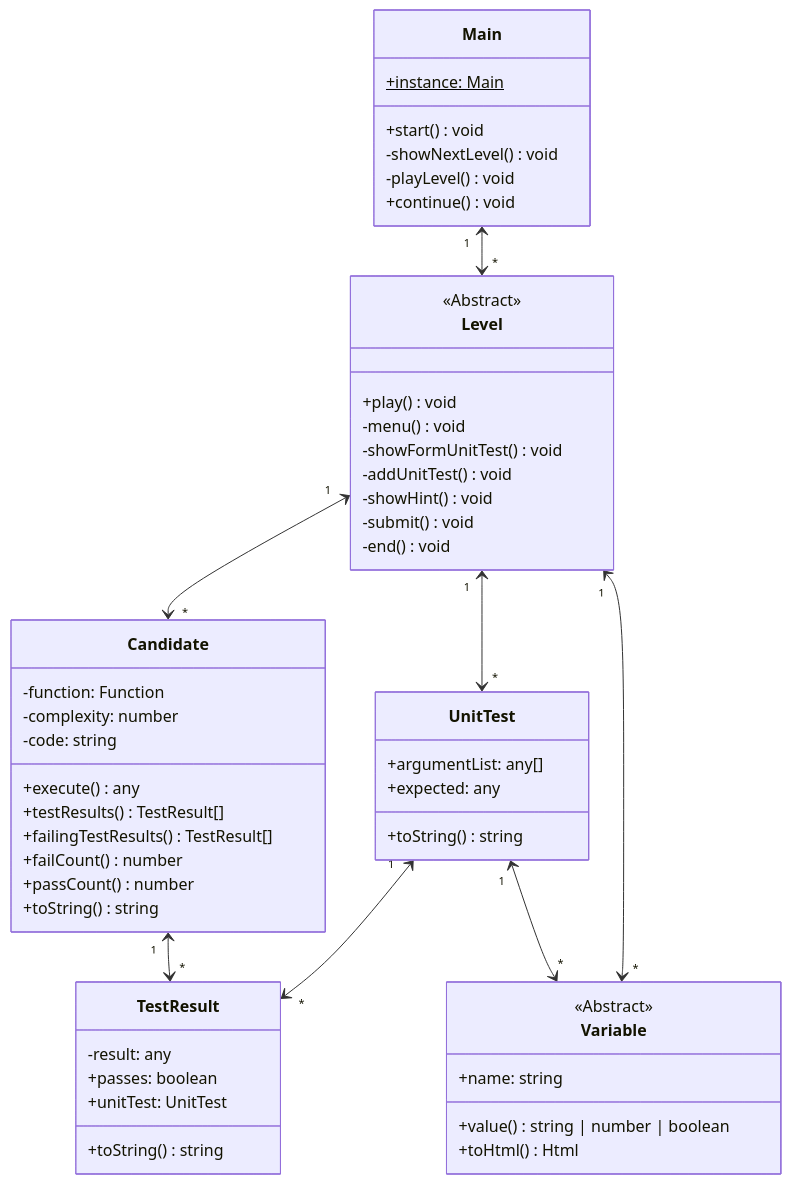
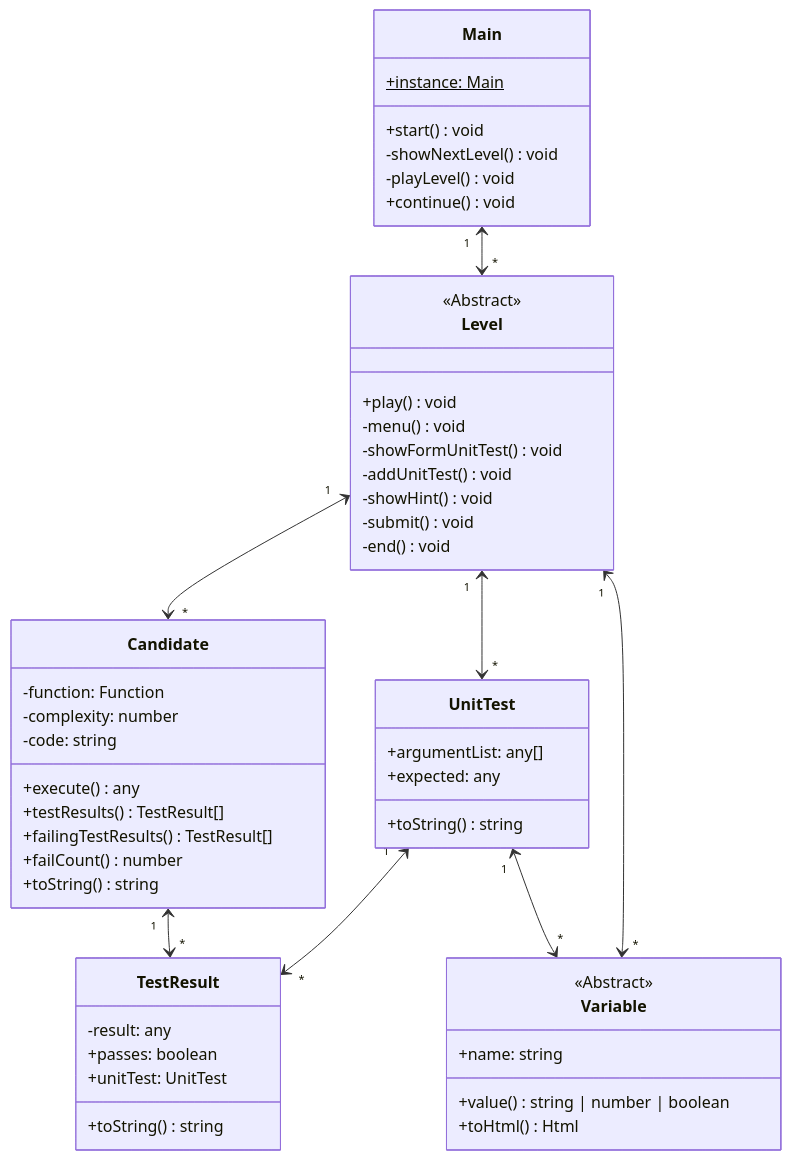
One commit to reimf/unittestgame.com changed the first of 2 diagrams in README.md. Above: the diagram before and after it, drawn with Mermaid. The commit also changed 20 other files, not shown here.

````diff
--- a/README.md
+++ b/README.md
@@ -4,62 +4,61 @@
 ```mermaid
 classDiagram
 
 class Main {
     +instance: Main$
     +start() void
     -showNextLevel() void
     -playLevel() void
     +continue() void
 }
 
 class Level {
     <<Abstract>>
     +play() void
     -menu() void
     -showFormUnitTest() void
     -addUnitTest() void
     -showHint() void
     -submit() void
     -end() void
 }
 
 class Candidate {
     -function: Function
     -complexity: number
     -code: string
     +execute() any
     +testResults() TestResult[]
     +failingTestResults() TestResult[]
     +failCount() number
-    +passCount() number
     +toString() string
 }
 
 class TestResult {
     -result: any
     +passes: boolean
     +unitTest: UnitTest
     +toString() string
 }
 
 class UnitTest {
     +argumentList: any[]
     +expected: any
     +toString() string
 }
 
 class Variable {
     <<Abstract>>
     +name: string
     +value() string | number | boolean
     +toHtml() Html
 }
 
 Level "1" <--> "*" Candidate
 Level "1" <--> "*" UnitTest
 UnitTest "1" <--> "*" TestResult
 UnitTest "1" <--> "*" Variable
 Candidate "1" <--> "*" TestResult
 Level "1" <--> "*" Variable
 Main "1" <--> "*" Level
 ```
````
